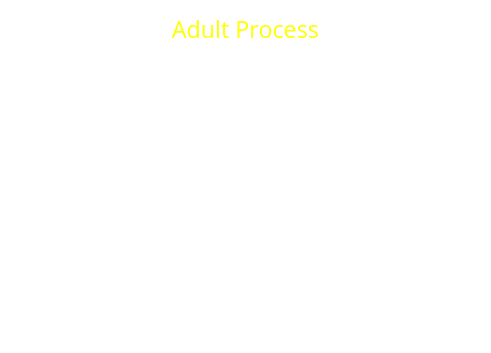
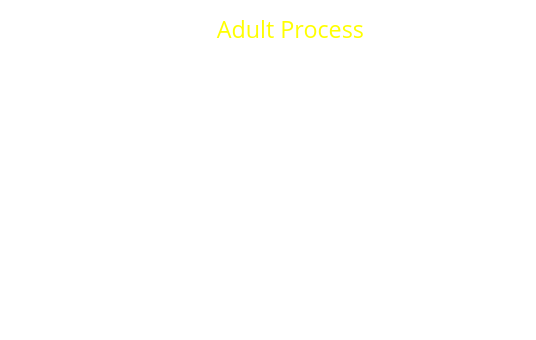
One commit to clanfear/ASA_2025 changed the fourth of 4 diagrams in slides.qmd. Above: the diagram before and after it, drawn with Graphviz. The commit also changed other lines of this file and 5 other files, not shown here.

````diff
--- a/slides.qmd
+++ b/slides.qmd
@@ -573,19 +575,19 @@
 ```{dot}
 //| fig-width: 6
 digraph G{
   graph [layout=neato, bgcolor="transparent"]
   node [shape = plaintext, fontname="Open Sans", fontcolor="white"]
   edge [color="white"]
   
   title [pos = "1.5,  2.25!", label = "Adult Process", fontcolor = yellow]
-  sc1 [pos = "0,  1.5!", label = "Societal\ninstability"]
-  si [pos = "0.5,  0!", label = "General fear\n& cynicism\n(Risky world)"]
-  sa [pos = "2.5,  0!", label = "Adult gun\ncarrying\n(Mostly legal)"]
+  sc1 [pos = "0,  1.5!", label = "Societal instability\n(Risky world)"]
+  si [pos = "0.5,  0!", label = "Diffuse distrust\n& cynicism"]
+  sa [pos = "2.5,  0!", label = "Adult gun\ncarrying"]
   sc2 [pos = "3,  1.5!", label = "Increased\nadult\nviolence"]
   
   sc1 -> si
   sc1 -> sc2
   si -> sa
   sa -> sc2
 }
 ```
````
